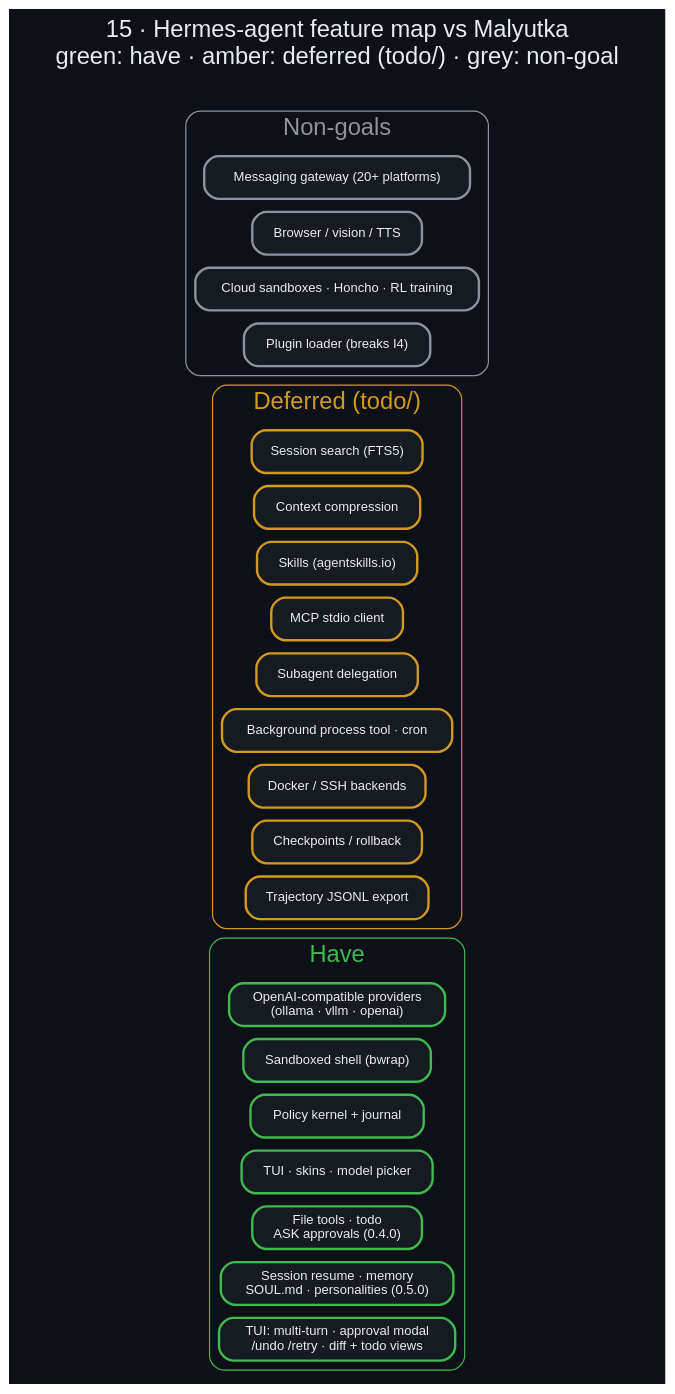
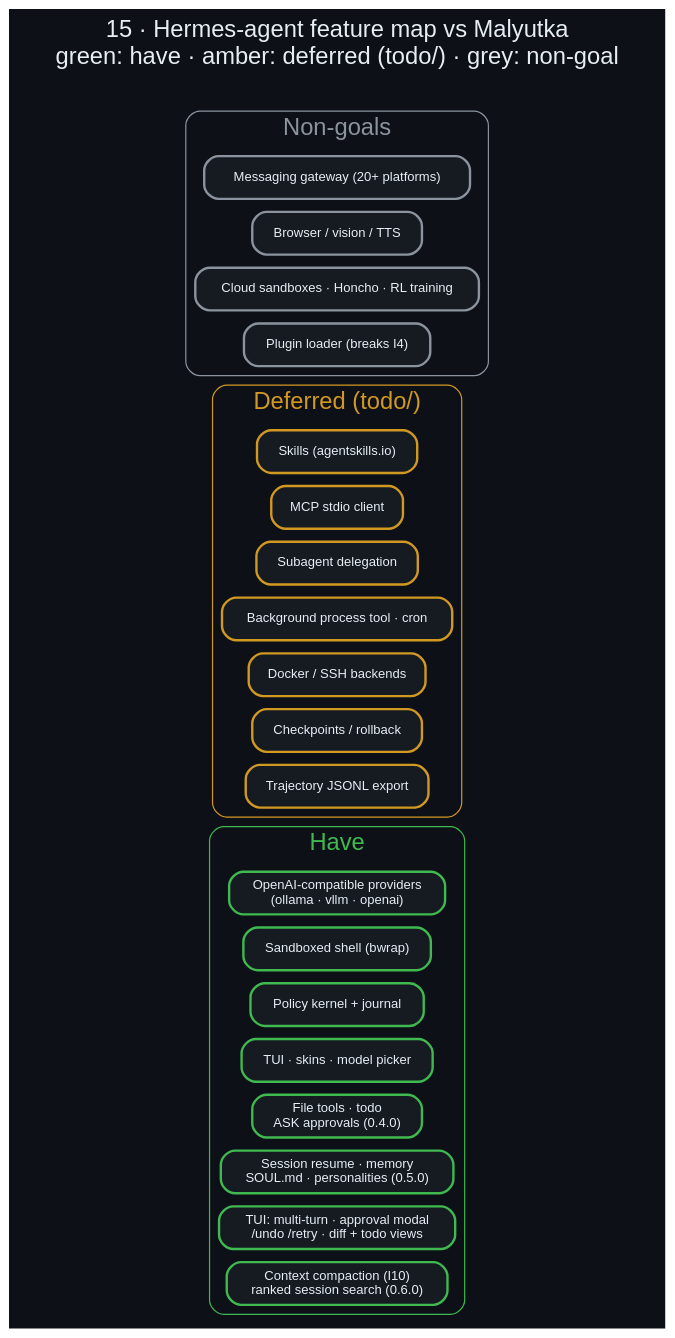
Before and after one commit to danindiana/malyutka: the diagram in docs/diagrams/15_hermes_gap_map.dot, drawn with Graphviz. The commit also changed 40 other files, not shown here.

First line of the commit message:
feat: context compaction and ranked session search (v0.6.0)

```diff
--- a/docs/diagrams/15_hermes_gap_map.dot
+++ b/docs/diagrams/15_hermes_gap_map.dot
@@ -1,31 +1,30 @@
 digraph gap {
     graph [bgcolor="#0d1117", fontname="Helvetica", fontcolor="#e6edf3", labelloc="t", fontsize=20, rankdir=LR,
            label="15 · Hermes-agent feature map vs Malyutka\ngreen: have · amber: deferred (todo/) · grey: non-goal\n ", nodesep=0.15, ranksep=0.7];
     node  [fontname="Helvetica", fontcolor="#e6edf3", color="#30363d", style="filled,rounded", shape=box, penwidth=2, margin="0.22,0.14", fillcolor="#161b22", fontsize=12];
     edge  [color="#8b949e", fontname="Helvetica", fontcolor="#adbac7", penwidth=1.5, arrowsize=0.85, fontsize=10];
     node [fontsize=11, margin="0.15,0.08"];
 
     subgraph cluster_have { label="Have"; fontcolor="#3fb950"; color="#3fb950"; style="rounded";
       h1 [label="OpenAI-compatible providers\n(ollama · vllm · openai)", color="#3fb950"];
       h2 [label="Sandboxed shell (bwrap)", color="#3fb950"];
       h3 [label="Policy kernel + journal", color="#3fb950"];
       h4 [label="TUI · skins · model picker", color="#3fb950"];
       h5 [label="File tools · todo\nASK approvals (0.4.0)", color="#3fb950"];
       h6 [label="Session resume · memory\nSOUL.md · personalities (0.5.0)", color="#3fb950"];
-      h7 [label="TUI: multi-turn · approval modal\n/undo /retry · diff + todo views", color="#3fb950"]; }
+      h7 [label="TUI: multi-turn · approval modal\n/undo /retry · diff + todo views", color="#3fb950"];
+      h8 [label="Context compaction (I10)\nranked session search (0.6.0)", color="#3fb950"]; }
     subgraph cluster_def { label="Deferred (todo/)"; fontcolor="#d29922"; color="#d29922"; style="rounded";
-      d1 [label="Session search (FTS5)", color="#d29922"];
-      d2 [label="Context compression", color="#d29922"];
       d3 [label="Skills (agentskills.io)", color="#d29922"];
       d4 [label="MCP stdio client", color="#d29922"];
       d5 [label="Subagent delegation", color="#d29922"];
       d6 [label="Background process tool · cron", color="#d29922"];
       d7 [label="Docker / SSH backends", color="#d29922"];
       d8 [label="Checkpoints / rollback", color="#d29922"];
       d9 [label="Trajectory JSONL export", color="#d29922"]; }
     subgraph cluster_no { label="Non-goals"; fontcolor="#8b949e"; color="#8b949e"; style="rounded";
       g1 [label="Messaging gateway (20+ platforms)", color="#8b949e"];
       g2 [label="Browser / vision / TTS", color="#8b949e"];
       g3 [label="Cloud sandboxes · Honcho · RL training", color="#8b949e"];
       g4 [label="Plugin loader (breaks I4)", color="#8b949e"]; }
 }
```
